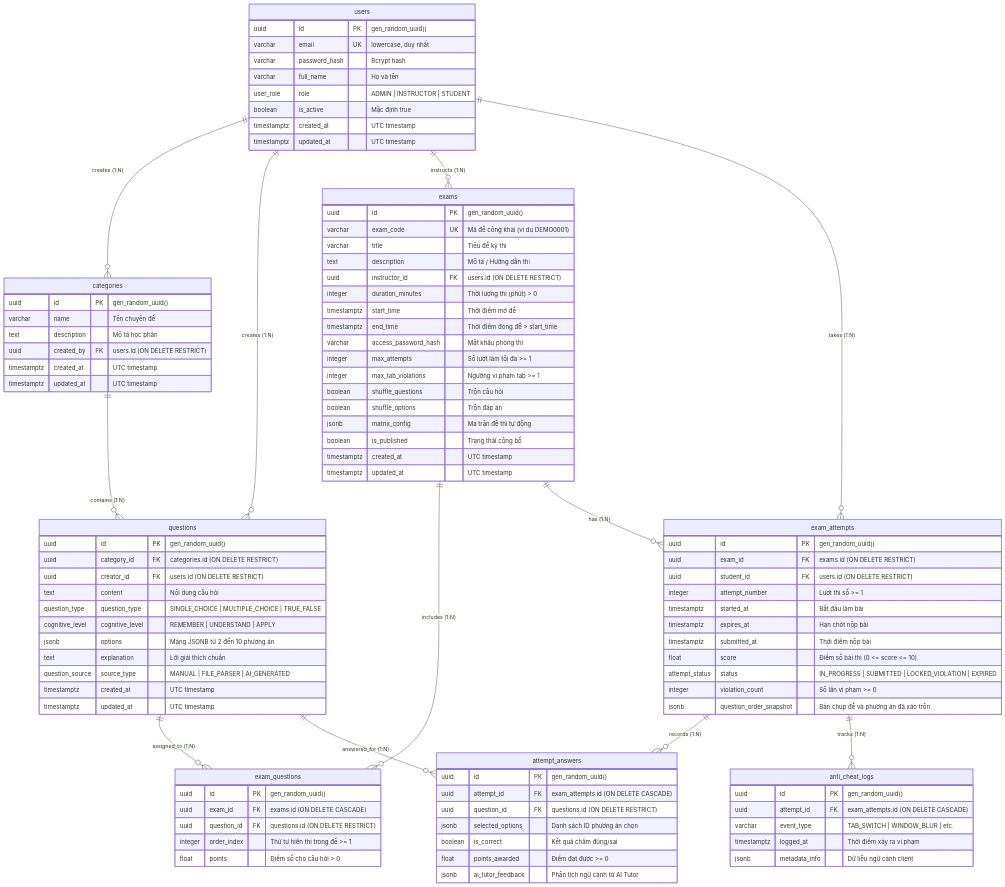
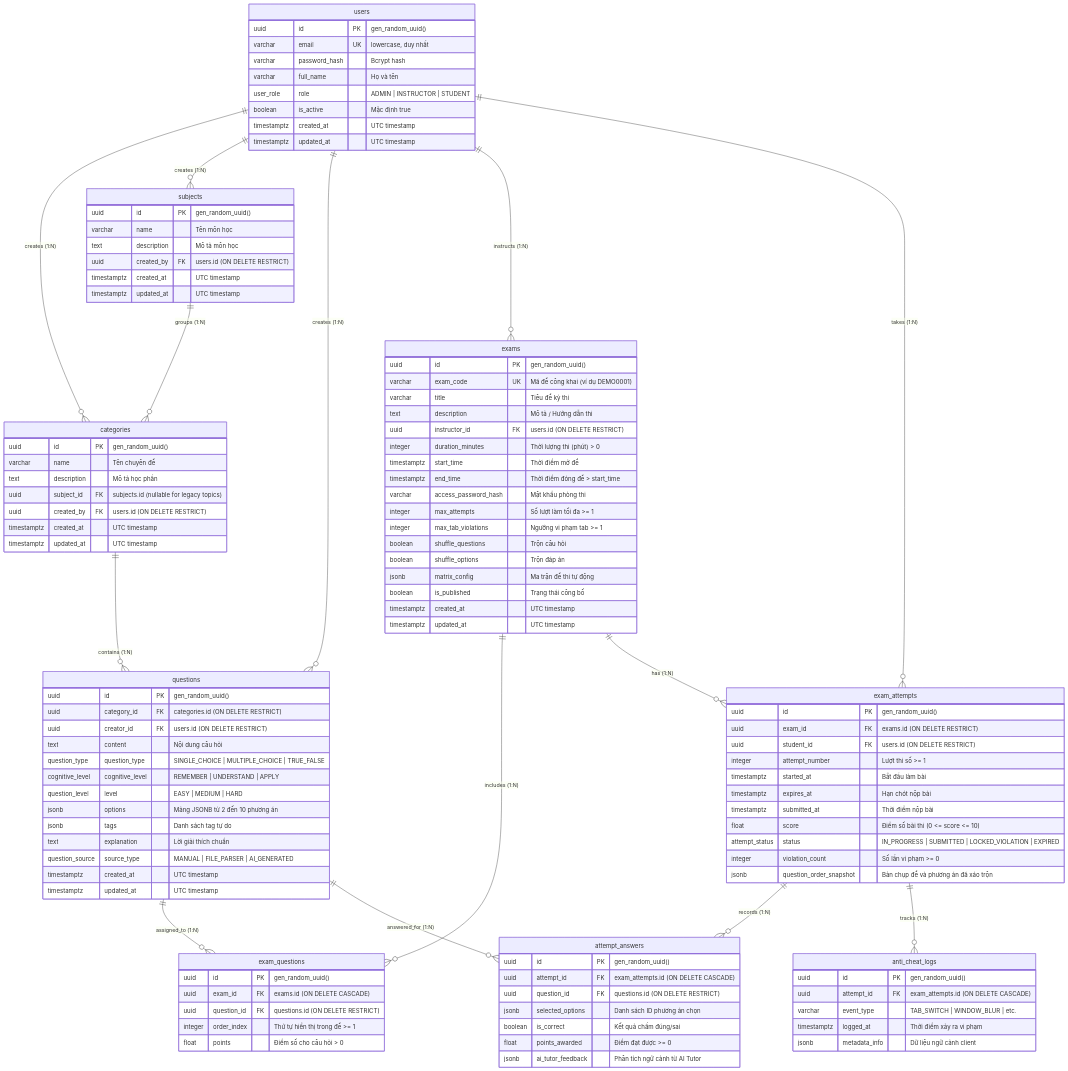
One commit to nhatanh19/smart-quiz changed the diagram in docs/database/ERD.md. Above: the diagram before and after it, drawn with Mermaid. The commit also changed other lines of this file and 16 other files, not shown here.

````diff
--- a/docs/database/ERD.md
+++ b/docs/database/ERD.md
@@ -10,10 +10,12 @@
 ```mermaid
 erDiagram
     users ||--o{ categories : "creates (1:N)"
+    users ||--o{ subjects : "creates (1:N)"
     users ||--o{ questions : "creates (1:N)"
     users ||--o{ exams : "instructs (1:N)"
     users ||--o{ exam_attempts : "takes (1:N)"
 
+    subjects ||--o{ categories : "groups (1:N)"
     categories ||--o{ questions : "contains (1:N)"
 
     exams ||--o{ exam_questions : "includes (1:N)"
@@ -37,10 +39,20 @@
         timestamptz updated_at "UTC timestamp"
     }
 
+    subjects {
+        uuid id PK "gen_random_uuid()"
+        varchar name "Tên môn học"
+        text description "Mô tả môn học"
+        uuid created_by FK "users.id (ON DELETE RESTRICT)"
+        timestamptz created_at "UTC timestamp"
+        timestamptz updated_at "UTC timestamp"
+    }
+
     categories {
         uuid id PK "gen_random_uuid()"
         varchar name "Tên chuyên đề"
         text description "Mô tả học phần"
+        uuid subject_id FK "subjects.id (nullable for legacy topics)"
         uuid created_by FK "users.id (ON DELETE RESTRICT)"
         timestamptz created_at "UTC timestamp"
         timestamptz updated_at "UTC timestamp"
@@ -53,7 +65,9 @@
         text content "Nội dung câu hỏi"
         question_type question_type "SINGLE_CHOICE | MULTIPLE_CHOICE | TRUE_FALSE"
         cognitive_level cognitive_level "REMEMBER | UNDERSTAND | APPLY"
+        question_level level "EASY | MEDIUM | HARD"
         jsonb options "Mảng JSONB từ 2 đến 10 phương án"
+        jsonb tags "Danh sách tag tự do"
         text explanation "Lời giải thích chuẩn"
         question_source source_type "MANUAL | FILE_PARSER | AI_GENERATED"
         timestamptz created_at "UTC timestamp"
````
